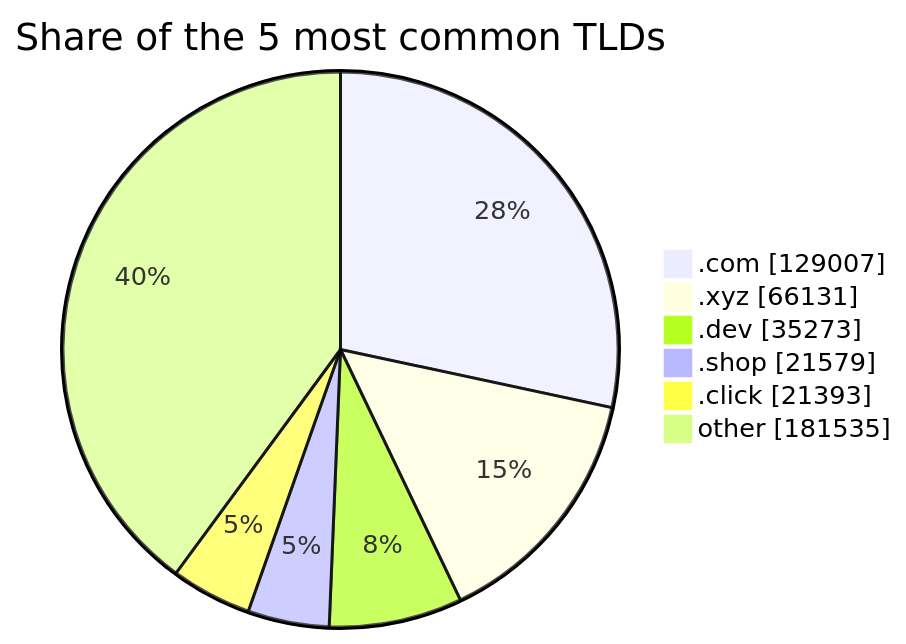
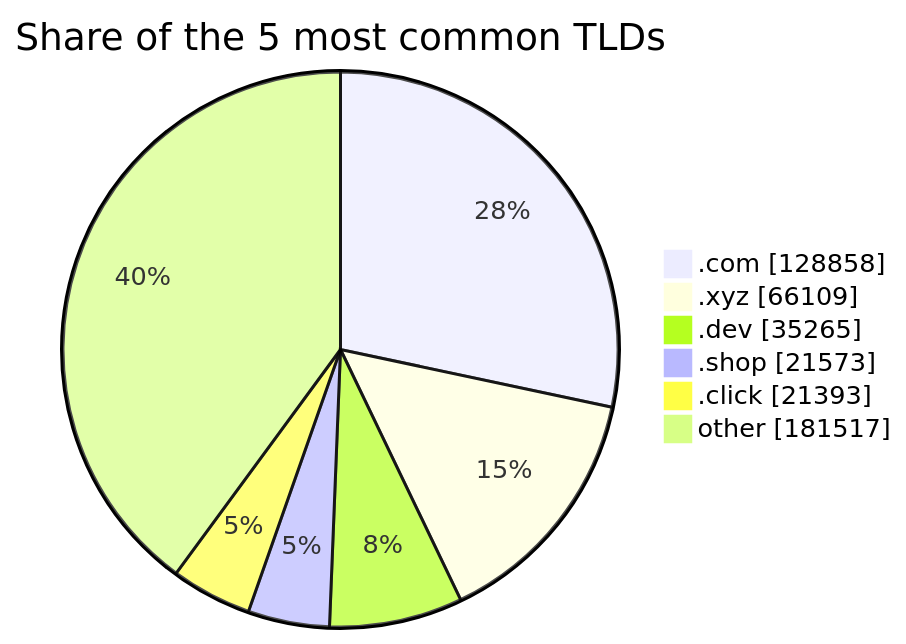
Before and after one commit to DNSBunker/CTI: the third of 3 diagrams in README.md, drawn with Mermaid. The commit also changed other lines of this file and 3 other files, not shown here.

````diff
--- a/README.md
+++ b/README.md
@@ -81,9 +81,9 @@
 ```mermaid
 pie showData title Share of the 5 most common TLDs
-    ".com" : 129007
-    ".xyz" : 66131
-    ".dev" : 35273
-    ".shop" : 21579
+    ".com" : 128858
+    ".xyz" : 66109
+    ".dev" : 35265
+    ".shop" : 21573
     ".click" : 21393
-    "other" : 181535
+    "other" : 181517
 ```
````
